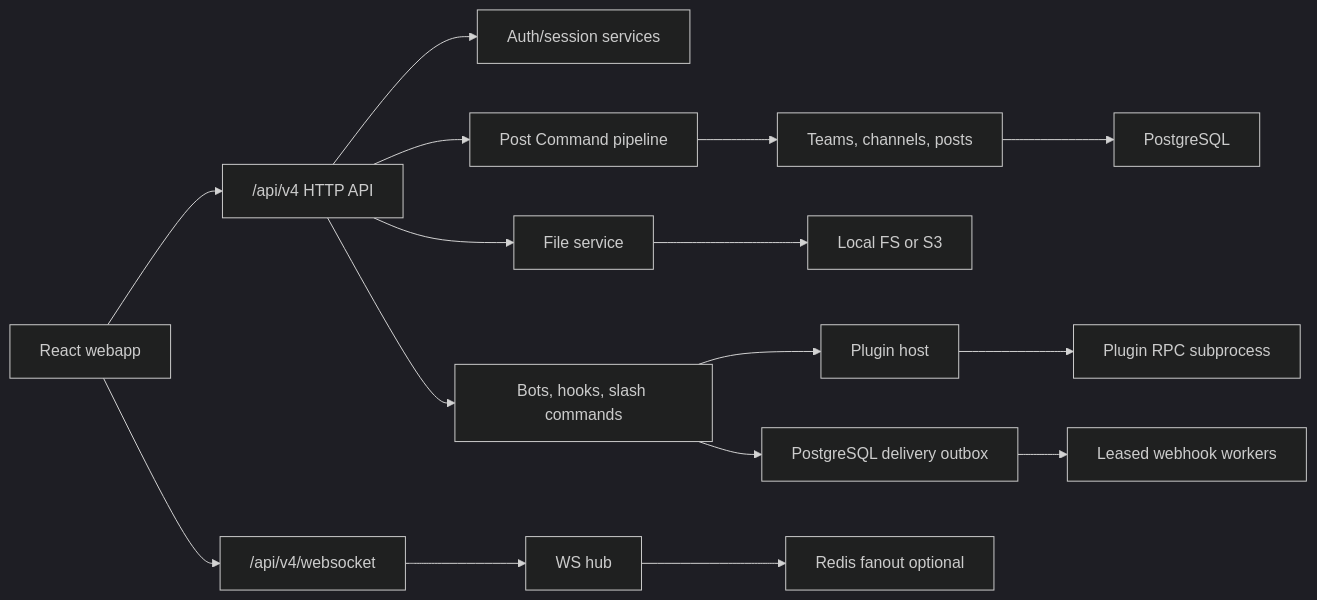
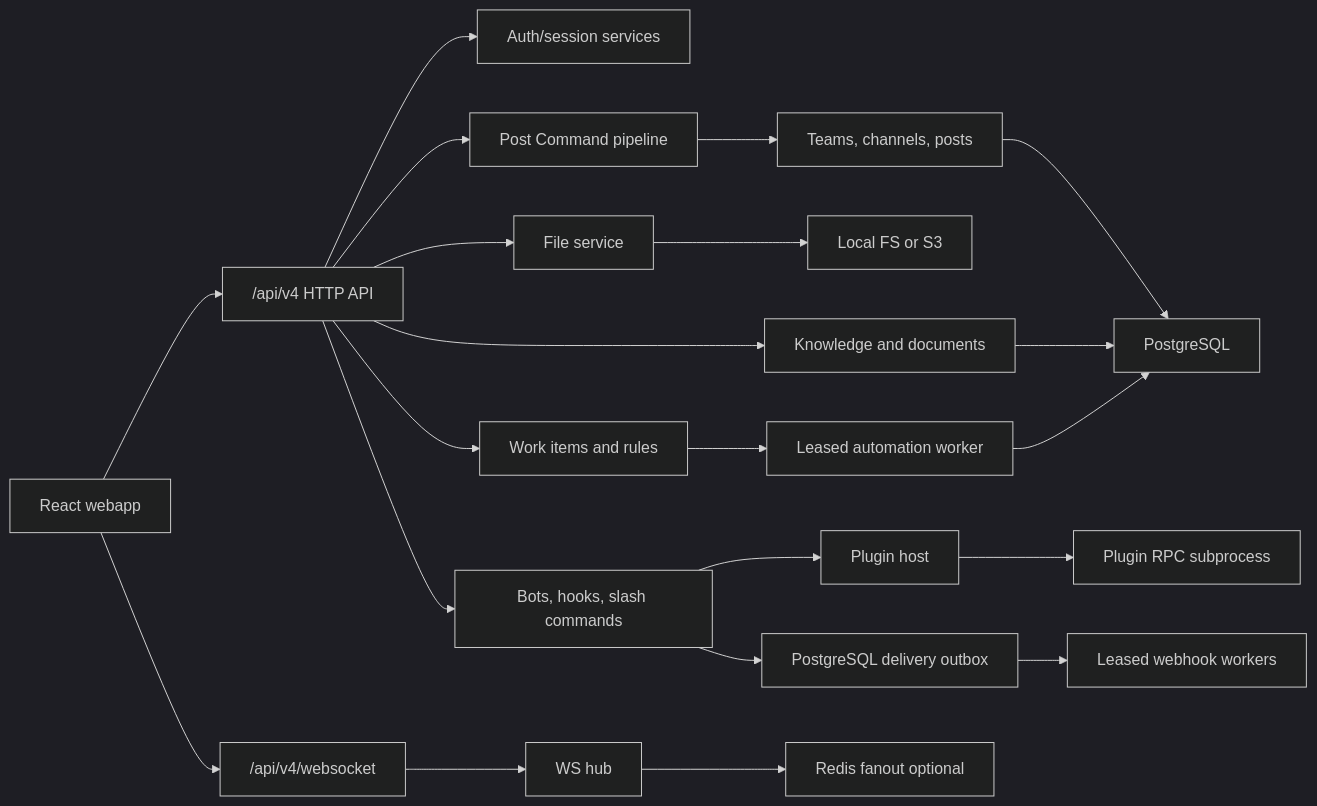
Before and after one commit to hkjang/moyro: the diagram in docs/architecture.md, drawn with Mermaid (dark theme). The commit also changed other lines of this file and 143 other files, not shown here.

````diff
--- a/docs/architecture.md
+++ b/docs/architecture.md
@@ -8,18 +8,23 @@
 ```mermaid
 flowchart LR
     Browser["React webapp"] --> API["/api/v4 HTTP API"]
     Browser --> WS["/api/v4/websocket"]
     API --> Auth["Auth/session services"]
     API --> Command["Post Command pipeline"]
     Command --> Chat["Teams, channels, posts"]
     API --> Files["File service"]
+    API --> Knowledge["Knowledge and documents"]
+    API --> Work["Work items and rules"]
     API --> Ext["Bots, hooks, slash commands"]
     Chat --> DB["PostgreSQL"]
     Files --> FS["Local FS or S3"]
     WS --> Hub["WS hub"]
     Hub --> Redis["Redis fanout optional"]
     Ext --> PluginHost["Plugin host"]
     PluginHost --> RPC["Plugin RPC subprocess"]
     Ext --> Outbox["PostgreSQL delivery outbox"]
     Outbox --> Webhooks["Leased webhook workers"]
+    Work --> Automation["Leased automation worker"]
+    Knowledge --> DB
+    Automation --> DB
 ```
````
